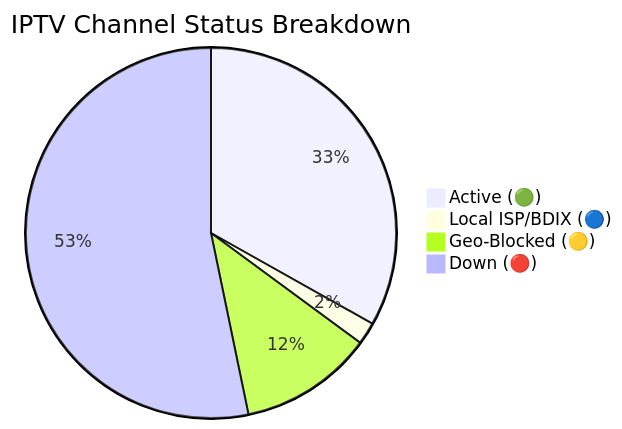
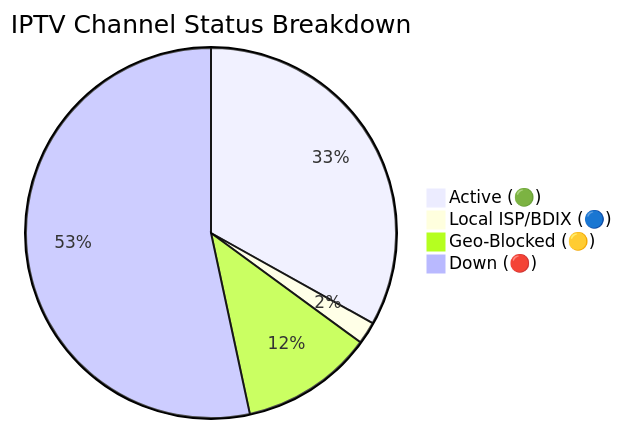
The diagram in README.md (andreataylord/Ip-tv-Collection), drawn with Mermaid before and after one commit. The commit also changed other lines of this file and 1 other file, not shown here.

Commit message:
docs(readme): auto-update daily channel status chart

````diff
--- a/README.md
+++ b/README.md
@@ -59,7 +59,7 @@
 ```mermaid
 pie title IPTV Channel Status Breakdown
-    "Active (🟢)" : 2175
+    "Active (🟢)" : 2172
     "Local ISP/BDIX (🔵)" : 128
-    "Geo-Blocked (🟡)" : 765
-    "Down (🔴)" : 3494
+    "Geo-Blocked (🟡)" : 760
+    "Down (🔴)" : 3502
 ```
````
